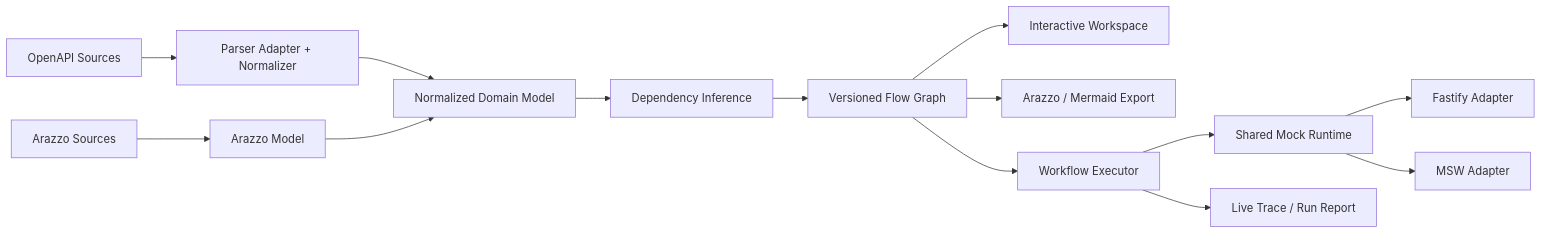
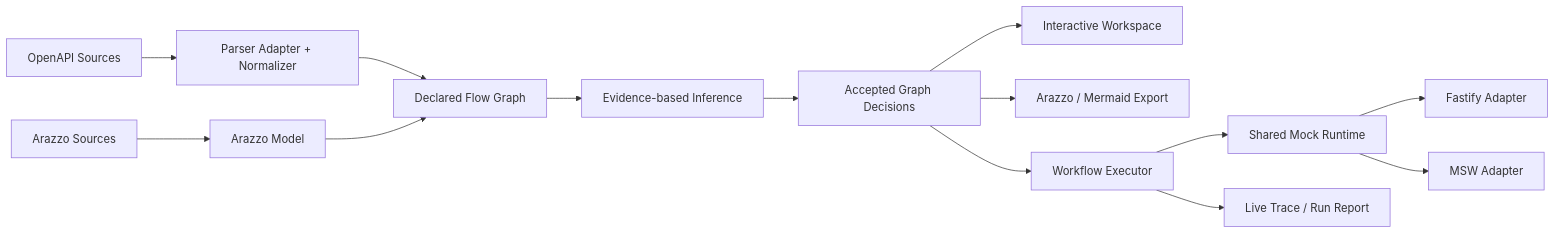
One commit to eric861129/API-Schema-Flow changed the diagram in README.zh-TW.md. Above: the diagram before and after it, drawn with Mermaid. The commit also changed other lines of this file and 44 other files, not shown here.

First line of the commit message:
feat: add M2-B declared flow graph foundation

````diff
--- a/README.zh-TW.md
+++ b/README.zh-TW.md
@@ -149,16 +153,16 @@
 ```mermaid
 flowchart LR
     OA[OpenAPI Sources] --> ING[Parser Adapter + Normalizer]
     AR[Arazzo Sources] --> WF[Arazzo Model]
-    ING --> DOM[Normalized Domain Model]
-    WF --> DOM
-    DOM --> INF[Dependency Inference]
-    INF --> GRAPH[Versioned Flow Graph]
-    GRAPH --> UI[Interactive Workspace]
-    GRAPH --> EXP[Arazzo / Mermaid Export]
-    GRAPH --> RUN[Workflow Executor]
+    ING --> FLOW[Declared Flow Graph]
+    WF --> FLOW
+    FLOW --> INF[Evidence-based Inference]
+    INF --> REVIEW[Accepted Graph Decisions]
+    REVIEW --> UI[Interactive Workspace]
+    REVIEW --> EXP[Arazzo / Mermaid Export]
+    REVIEW --> RUN[Workflow Executor]
     RUN --> RT[Shared Mock Runtime]
     RT --> FAST[Fastify Adapter]
     RT --> MSW[MSW Adapter]
     RUN --> TRACE[Live Trace / Run Report]
 ```
````
